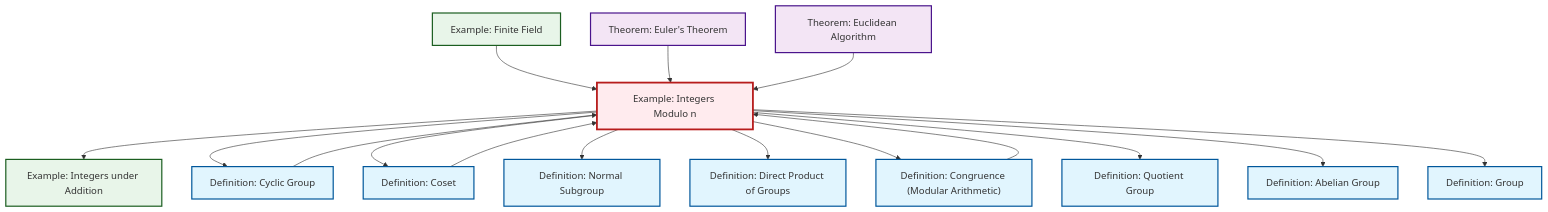
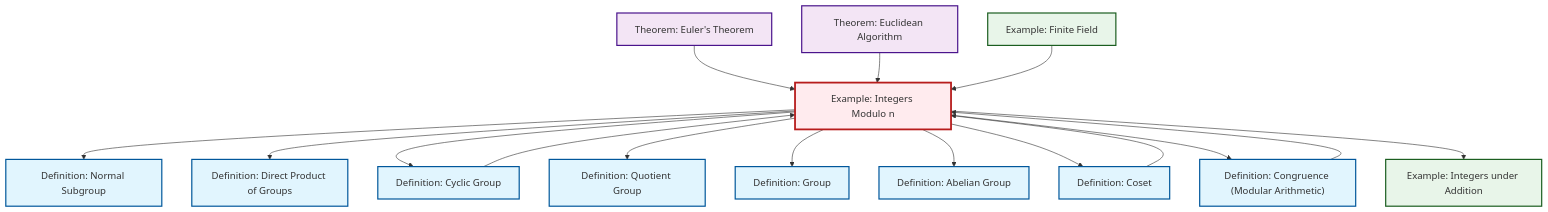
Before and after one commit to RK0429/ModernMath: the diagram in content/ja/algebra/ex-quotient-integers-mod-n.qmd, drawn with Mermaid. The commit also changed other lines of this file and 497 other files, not shown here.

````diff
--- a/content/ja/algebra/ex-quotient-integers-mod-n.qmd
+++ b/content/ja/algebra/ex-quotient-integers-mod-n.qmd
@@ -134,50 +134,50 @@
 ```{mermaid}
 %%| fig-cap: "Local dependency graph"
 graph TD
     classDef definition fill:#e1f5fe,stroke:#01579b,stroke-width:2px
     classDef theorem fill:#f3e5f5,stroke:#4a148c,stroke-width:2px
     classDef axiom fill:#fff3e0,stroke:#e65100,stroke-width:2px
     classDef example fill:#e8f5e9,stroke:#1b5e20,stroke-width:2px
     classDef current fill:#ffebee,stroke:#b71c1c,stroke-width:3px
     def-normal-subgroup["Definition: Normal Subgroup"]:::definition
-    def-quotient-group["Definition: Quotient Group"]:::definition
-    thm-euler["Theorem: Euler's Theorem"]:::theorem
-    def-abelian-group["Definition: Abelian Group"]:::definition
-    ex-integers-addition["Example: Integers under Addition"]:::example
     ex-quotient-integers-mod-n["Example: Integers Modulo n"]:::example
     def-coset["Definition: Coset"]:::definition
+    def-quotient-group["Definition: Quotient Group"]:::definition
+    ex-integers-addition["Example: Integers under Addition"]:::example
+    thm-euler["Theorem: Euler's Theorem"]:::theorem
+    def-cyclic-group["Definition: Cyclic Group"]:::definition
+    def-group["Definition: Group"]:::definition
+    def-congruence["Definition: Congruence (Modular Arithmetic)"]:::definition
     ex-finite-field["Example: Finite Field"]:::example
-    def-congruence["Definition: Congruence (Modular Arithmetic)"]:::definition
-    def-cyclic-group["Definition: Cyclic Group"]:::definition
+    def-abelian-group["Definition: Abelian Group"]:::definition
     def-direct-product["Definition: Direct Product of Groups"]:::definition
-    def-group["Definition: Group"]:::definition
     thm-euclidean-algorithm["Theorem: Euclidean Algorithm"]:::theorem
-    ex-quotient-integers-mod-n --> ex-integers-addition
-    def-congruence --> ex-quotient-integers-mod-n
+    def-cyclic-group --> ex-quotient-integers-mod-n
+    thm-euler --> ex-quotient-integers-mod-n
+    ex-quotient-integers-mod-n --> def-normal-subgroup
+    ex-quotient-integers-mod-n --> def-direct-product
     ex-quotient-integers-mod-n --> def-cyclic-group
-    ex-quotient-integers-mod-n --> def-coset
-    ex-quotient-integers-mod-n --> def-normal-subgroup
-    def-cyclic-group --> ex-quotient-integers-mod-n
-    ex-quotient-integers-mod-n --> def-direct-product
-    ex-finite-field --> ex-quotient-integers-mod-n
-    thm-euler --> ex-quotient-integers-mod-n
     thm-euclidean-algorithm --> ex-quotient-integers-mod-n
     def-coset --> ex-quotient-integers-mod-n
+    def-congruence --> ex-quotient-integers-mod-n
+    ex-quotient-integers-mod-n --> def-quotient-group
+    ex-finite-field --> ex-quotient-integers-mod-n
+    ex-quotient-integers-mod-n --> def-group
+    ex-quotient-integers-mod-n --> def-abelian-group
+    ex-quotient-integers-mod-n --> def-coset
     ex-quotient-integers-mod-n --> def-congruence
-    ex-quotient-integers-mod-n --> def-quotient-group
-    ex-quotient-integers-mod-n --> def-abelian-group
-    ex-quotient-integers-mod-n --> def-group
+    ex-quotient-integers-mod-n --> ex-integers-addition
     class ex-quotient-integers-mod-n current
     click def-normal-subgroup "def-normal-subgroup.html" "Definition: Normal Subgroupへ"
+    click def-coset "def-coset.html" "Definition: Cosetへ"
     click def-quotient-group "def-quotient-group.html" "Definition: Quotient Groupへ"
+    click ex-integers-addition "ex-integers-addition.html" "Example: Integers under Additionへ"
     click thm-euler "thm-euler.html" "Theorem: Euler's Theoremへ"
+    click def-cyclic-group "def-cyclic-group.html" "Definition: Cyclic Groupへ"
+    click def-group "def-group.html" "Definition: Groupへ"
+    click def-congruence "def-congruence.html" "Definition: Congruence (Modular Arithmetic)へ"
+    click ex-finite-field "ex-finite-field.html" "Example: Finite Fieldへ"
     click def-abelian-group "def-abelian-group.html" "Definition: Abelian Groupへ"
-    click ex-integers-addition "ex-integers-addition.html" "Example: Integers under Additionへ"
-    click def-coset "def-coset.html" "Definition: Cosetへ"
-    click ex-finite-field "ex-finite-field.html" "Example: Finite Fieldへ"
-    click def-congruence "def-congruence.html" "Definition: Congruence (Modular Arithmetic)へ"
-    click def-cyclic-group "def-cyclic-group.html" "Definition: Cyclic Groupへ"
     click def-direct-product "def-direct-product.html" "Definition: Direct Product of Groupsへ"
-    click def-group "def-group.html" "Definition: Groupへ"
     click thm-euclidean-algorithm "thm-euclidean-algorithm.html" "Theorem: Euclidean Algorithmへ"
 ```
````
